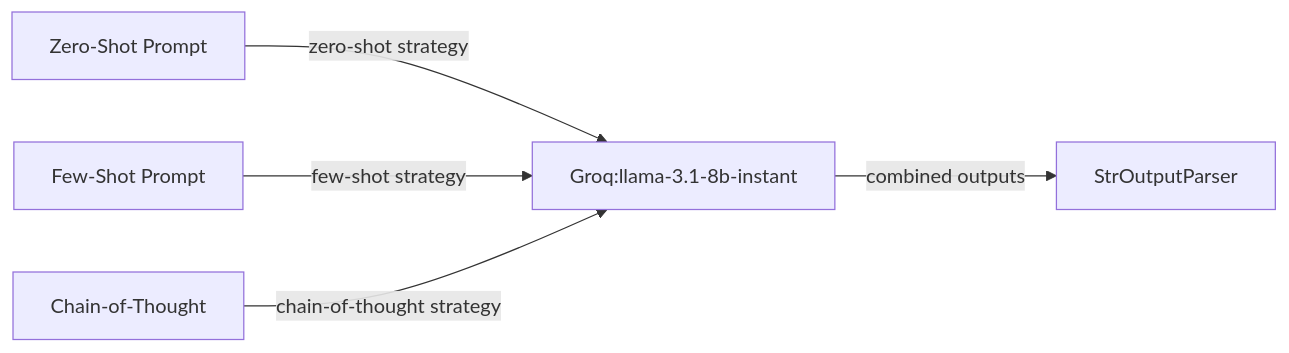
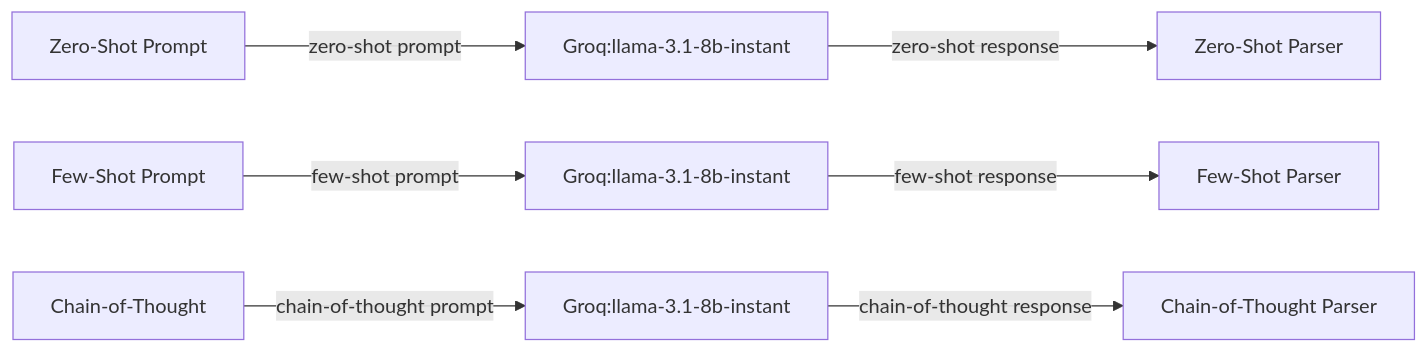
The diagram in lessons/02_prompt_patterns/graph.mmd (soheibthriber/langchain), drawn with Mermaid before and after one commit. The commit also changed 4 other files, not shown here.

```diff
--- a/lessons/02_prompt_patterns/graph.mmd
+++ b/lessons/02_prompt_patterns/graph.mmd
@@ -1,10 +1,16 @@
 flowchart LR
   zero_shot[Zero-Shot Prompt]
   few_shot[Few-Shot Prompt]
   cot[Chain-of-Thought]
-  llm[Groq:llama-3.1-8b-instant]
-  parser[StrOutputParser]
-  zero_shot -->|zero-shot strategy| llm
-  few_shot -->|few-shot strategy| llm
-  cot -->|chain-of-thought strategy| llm
-  llm -->|combined outputs| parser
+  llm_zero[Groq:llama-3.1-8b-instant]
+  llm_few[Groq:llama-3.1-8b-instant]
+  llm_cot[Groq:llama-3.1-8b-instant]
+  parser_zero[Zero-Shot Parser]
+  parser_few[Few-Shot Parser]
+  parser_cot[Chain-of-Thought Parser]
+  zero_shot -->|zero-shot prompt| llm_zero
+  llm_zero -->|zero-shot response| parser_zero
+  few_shot -->|few-shot prompt| llm_few
+  llm_few -->|few-shot response| parser_few
+  cot -->|chain-of-thought prompt| llm_cot
+  llm_cot -->|chain-of-thought response| parser_cot
```
